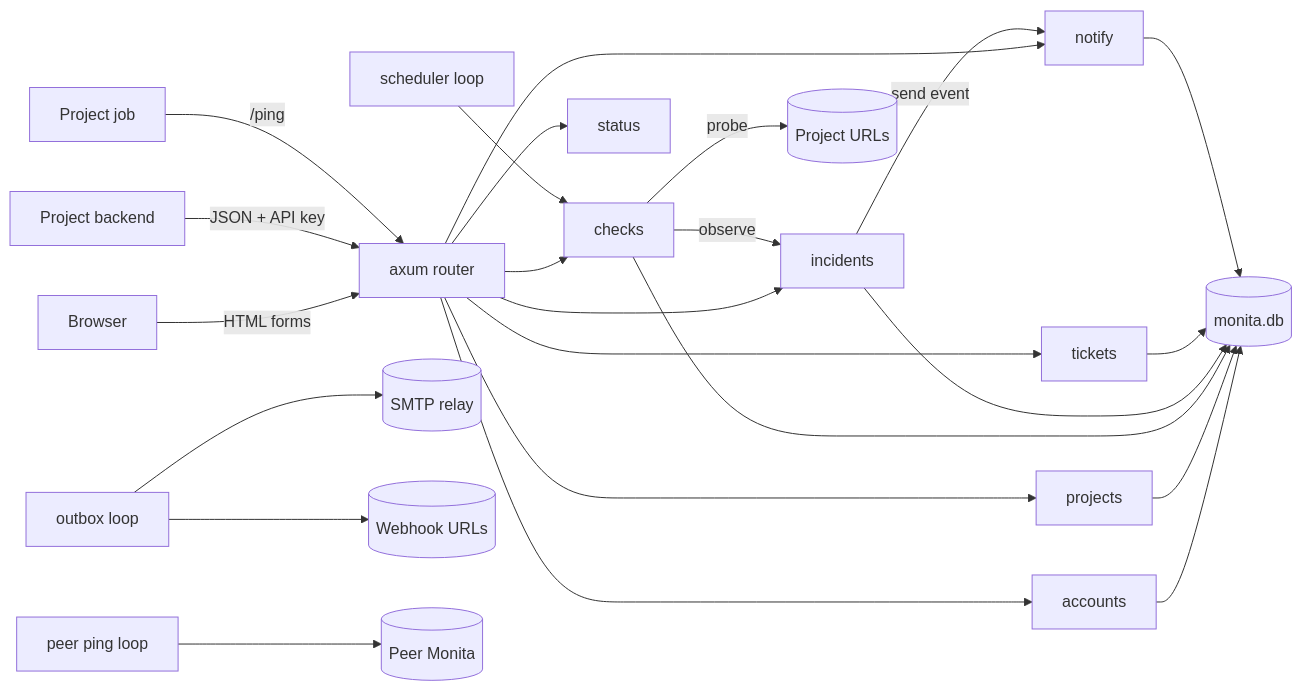
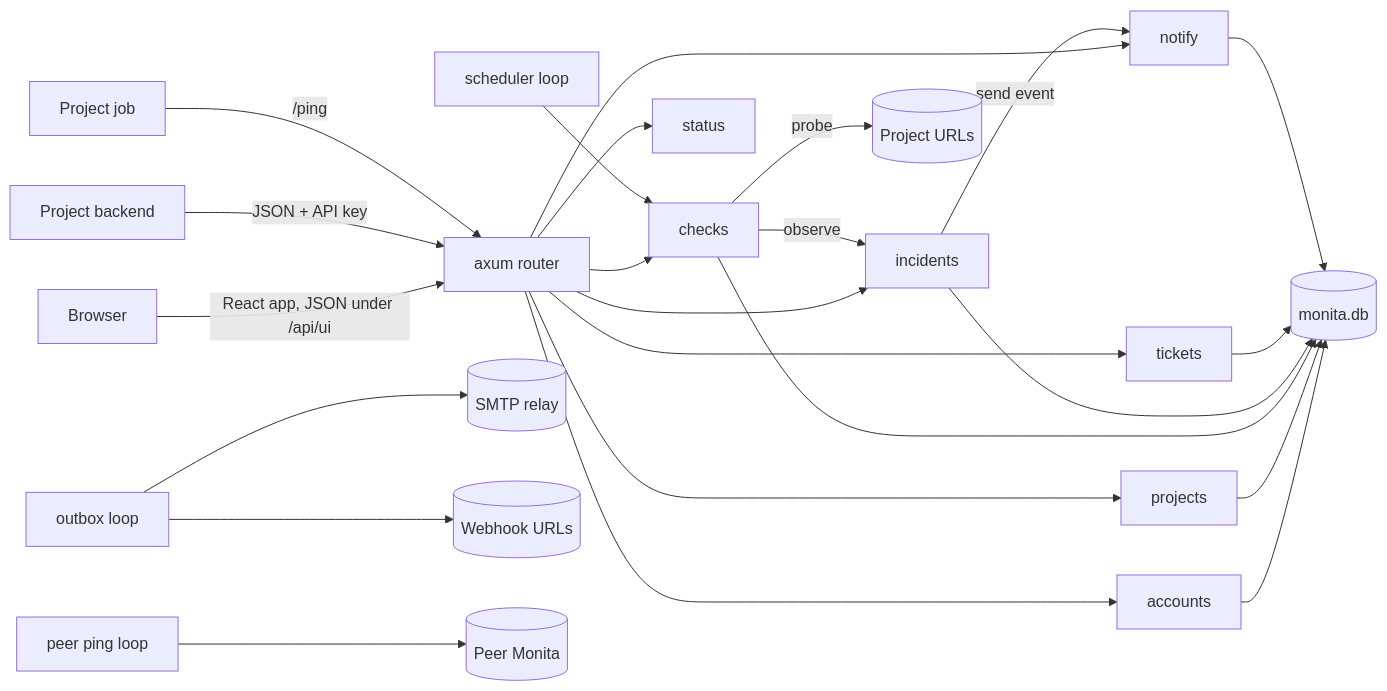
Before and after one commit to PT-Perkasa-Pilar-Utama/monita: the first of 4 diagrams in docs/technical-specs/02-system-architecture.md, drawn with Mermaid. The commit also changed other lines of this file and 29 other files, not shown here.

Commit message:
docs: describe the React app; render the demo and screenshots from it

````diff
--- a/docs/technical-specs/02-system-architecture.md
+++ b/docs/technical-specs/02-system-architecture.md
@@ -17,15 +17,15 @@
 ```mermaid
 graph LR
-  Browser -->|HTML forms| HTTP[axum router]
+  Browser -->|React app, JSON under /api/ui| HTTP[axum router]
   ProjectBackend[Project backend] -->|JSON + API key| HTTP
   Job[Project job] -->|/ping| HTTP
   HTTP --> accounts & projects & checks & incidents & status & tickets & notify
   Scheduler[scheduler loop] --> checks
   checks -->|observe| incidents
   incidents -->|send event| notify
   Outbox[outbox loop] --> SMTP[(SMTP relay)]
   Outbox --> Webhook[(Webhook URLs)]
   checks -->|probe| Targets[(Project URLs)]
   Peer[peer ping loop] --> PeerMonita[(Peer Monita)]
   accounts & projects & checks & incidents & tickets & notify --> DB[(monita.db)]
 ```
````
